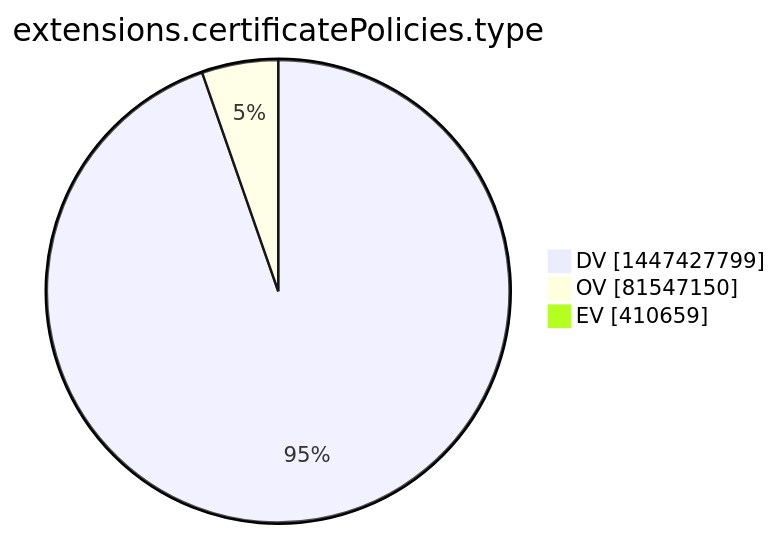
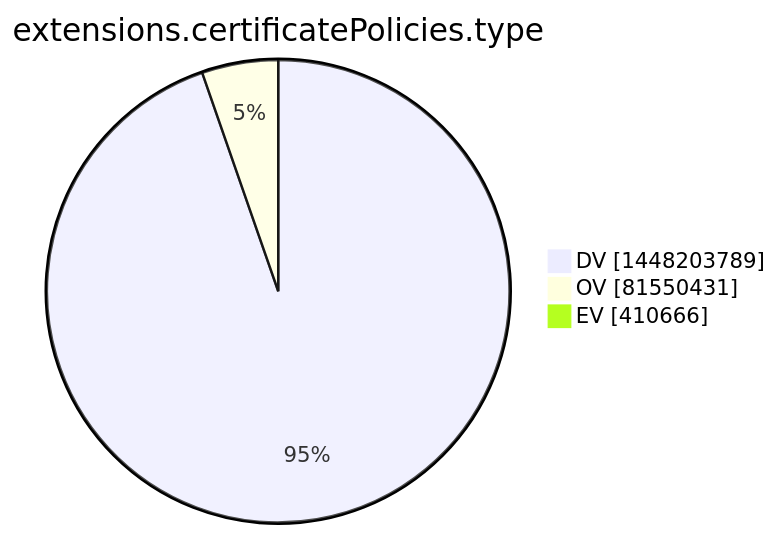
Before and after one commit to christiankrug/ctmonitor_visualization: the tenth of 15 diagrams in xenon2022/README.md, drawn with Mermaid. The commit also changed other lines of this file, not shown here.

````diff
--- a/xenon2022/README.md
+++ b/xenon2022/README.md
@@ -2869,7 +2870,7 @@
 ```mermaid
 pie showData
 title extensions.certificatePolicies.type
-"DV" :1447427799
-"OV" :81547150
-"EV" :410659
+"DV" :1448203789
+"OV" :81550431
+"EV" :410666
 ```
````
